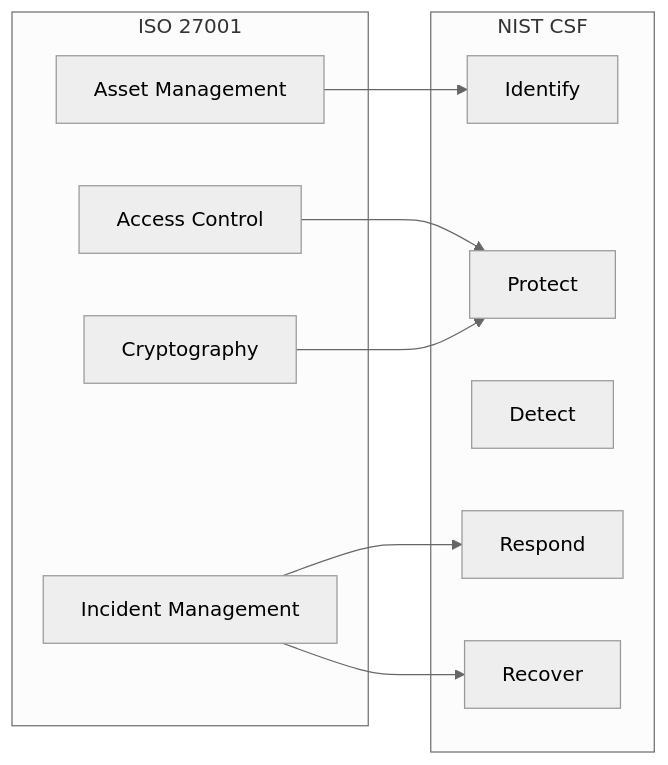
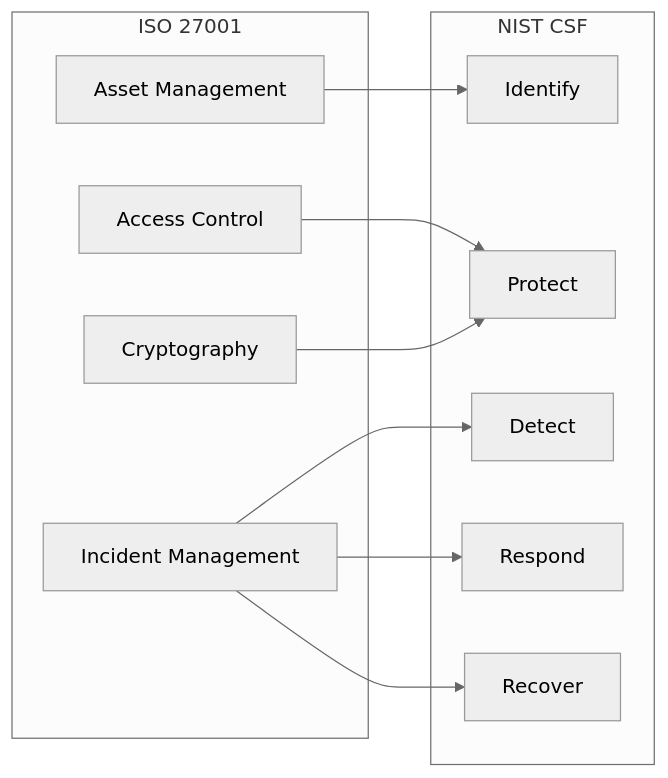
One commit to Speed-boo3/grc-project changed the fourth of 6 diagrams in README.md. Above: the diagram before and after it, drawn with Mermaid (neutral theme). The commit also changed other lines of this file, not shown here.

Commit message:
Rewrite README: cleaner structure, better diagrams, output examples

````diff
--- a/README.md
+++ b/README.md
@@ -112,21 +159,22 @@
 ```mermaid
 flowchart LR
-    subgraph ISO 27001
+    subgraph ISO[ISO 27001]
         A[Access Control]
         B[Asset Management]
         C[Incident Management]
         D[Cryptography]
     end
-    subgraph NIST CSF
+    subgraph NIST[NIST CSF]
         E[Identify]
         F[Protect]
         G[Detect]
         H[Respond]
         I[Recover]
     end
     A --> F
     B --> E
+    C --> G
     C --> H
     C --> I
     D --> F
 ```
````
